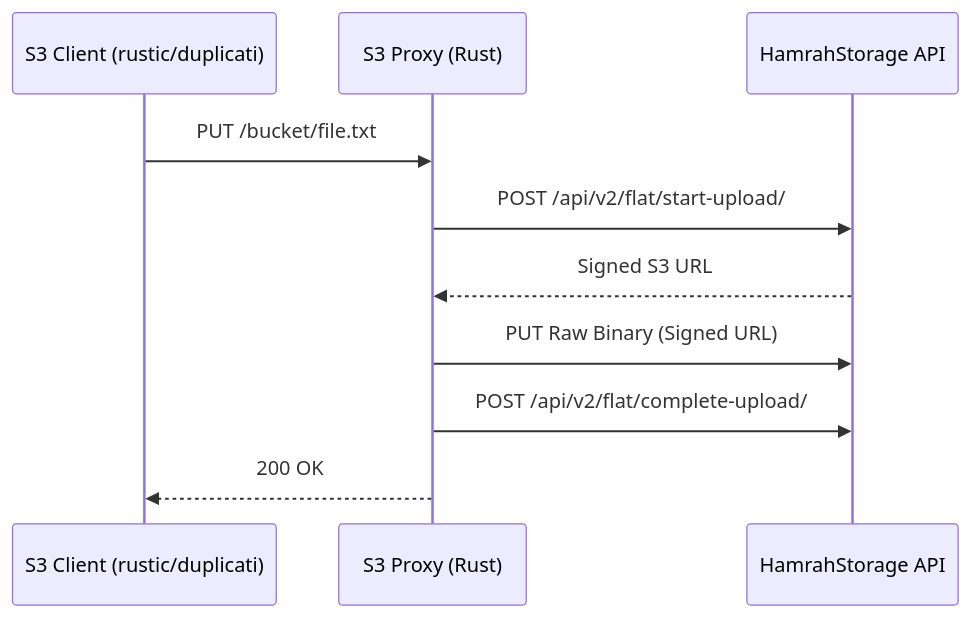
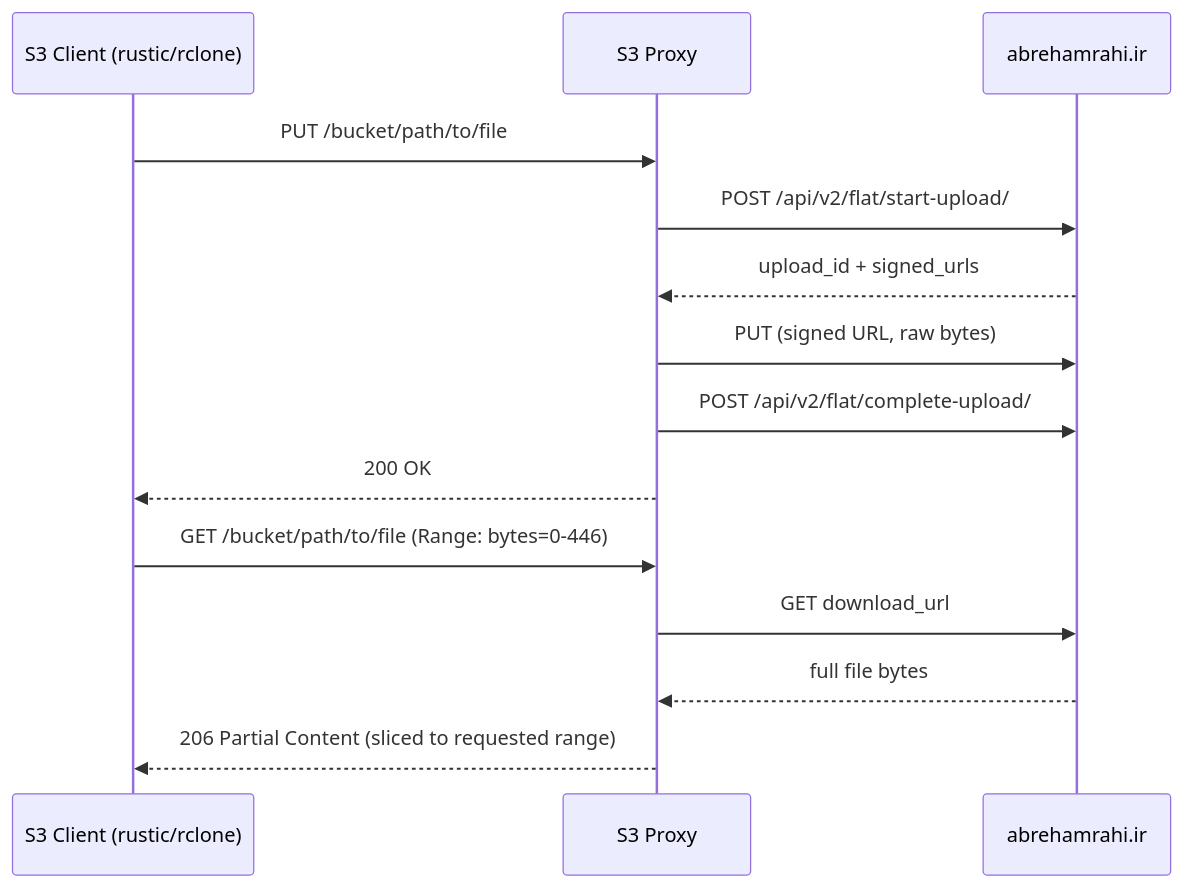
The second of 2 diagrams in docs/DESIGN_DOCUMENT.md (manawenuz/hamrah-storage), drawn with Mermaid before and after one commit. The commit also changed other lines of this file and 3 other files, not shown here.

````diff
--- a/docs/DESIGN_DOCUMENT.md
+++ b/docs/DESIGN_DOCUMENT.md
@@ -39,13 +40,18 @@
 ```mermaid
 sequenceDiagram
-    participant S3Client as S3 Client (rustic/duplicati)
-    participant S3Proxy as S3 Proxy (Rust)
-    participant API as HamrahStorage API
-    
-    S3Client->>S3Proxy: PUT /bucket/file.txt
-    S3Proxy->>API: POST /api/v2/flat/start-upload/
-    API-->>S3Proxy: Signed S3 URL
-    S3Proxy->>API: PUT Raw Binary (Signed URL)
-    S3Proxy->>API: POST /api/v2/flat/complete-upload/
-    S3Proxy-->>S3Client: 200 OK
+    participant Client as S3 Client (rustic/rclone)
+    participant Proxy as S3 Proxy
+    participant Hamrah as abrehamrahi.ir
+
+    Client->>Proxy: PUT /bucket/path/to/file
+    Proxy->>Hamrah: POST /api/v2/flat/start-upload/
+    Hamrah-->>Proxy: upload_id + signed_urls
+    Proxy->>Hamrah: PUT (signed URL, raw bytes)
+    Proxy->>Hamrah: POST /api/v2/flat/complete-upload/
+    Proxy-->>Client: 200 OK
+
+    Client->>Proxy: GET /bucket/path/to/file (Range: bytes=0-446)
+    Proxy->>Hamrah: GET download_url
+    Hamrah-->>Proxy: full file bytes
+    Proxy-->>Client: 206 Partial Content (sliced to requested range)
 ```
````
